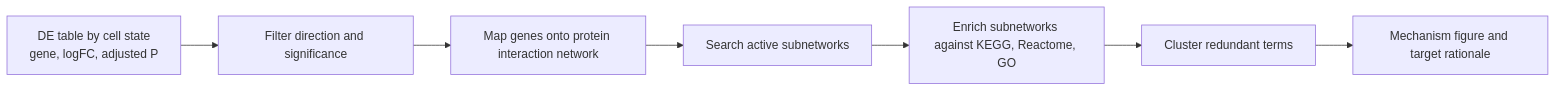
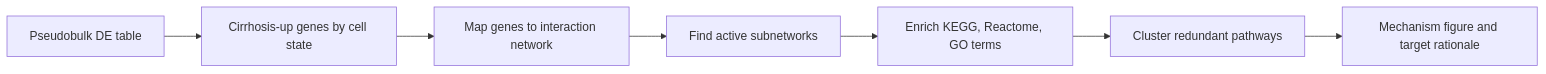
One commit to Caffeinated-Code/Ramachandran2019_LiverCirrhosis_MASH_scRNAseq changed the diagram in docs/analysis_walkthrough.md. Above: the diagram before and after it, drawn with Mermaid. The commit also changed other lines of this file and 53 other files, not shown here.

````diff
--- a/docs/analysis_walkthrough.md
+++ b/docs/analysis_walkthrough.md
@@ -212,9 +263,9 @@
 ```mermaid
 flowchart LR
-  A["DE table by cell state<br/>gene, logFC, adjusted P"] --> B["Filter direction and significance"]
-  B --> C["Map genes onto protein interaction network"]
-  C --> D["Search active subnetworks"]
-  D --> E["Enrich subnetworks against KEGG, Reactome, GO"]
-  E --> F["Cluster redundant terms"]
+  A["Pseudobulk DE table"] --> B["Cirrhosis-up genes by cell state"]
+  B --> C["Map genes to interaction network"]
+  C --> D["Find active subnetworks"]
+  D --> E["Enrich KEGG, Reactome, GO terms"]
+  E --> F["Cluster redundant pathways"]
   F --> G["Mechanism figure and target rationale"]
 ```
````
